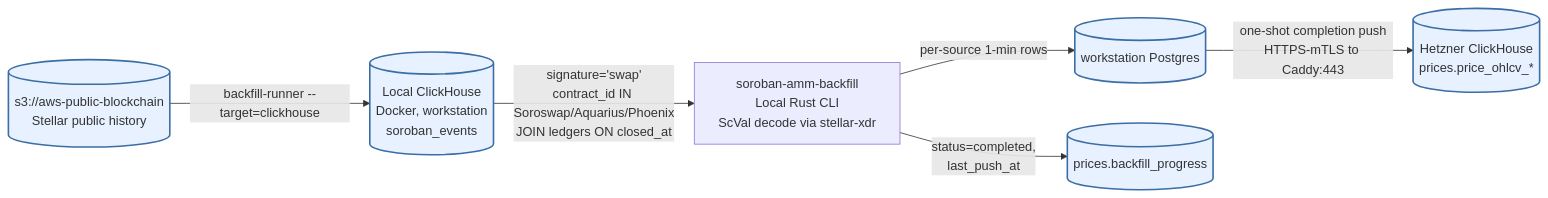
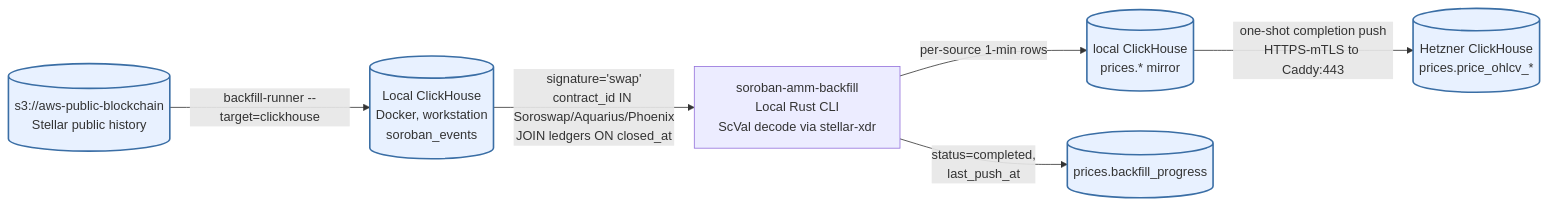
The eighth of 13 diagrams in docs/database-schema/database-schema-overview.md (rumblefishdev/stellar-prices-api), drawn with Mermaid before and after one commit. The commit also changed other lines of this file and 1 other file, not shown here.

First line of the commit message:
docs: align overview docs to CH-mirror backfill and single-bundle mTLS

````diff
--- a/docs/database-schema/database-schema-overview.md
+++ b/docs/database-schema/database-schema-overview.md
@@ -1154,11 +1155,11 @@
 ```mermaid
 flowchart LR
     S3archive[(s3://aws-public-blockchain<br/>Stellar public history)] -->|backfill-runner --target=clickhouse| LocalCH[(Local ClickHouse<br/>Docker, workstation<br/>soroban_events)]
     LocalCH -->|signature='swap'<br/>contract_id IN Soroswap/Aquarius/Phoenix<br/>JOIN ledgers ON closed_at| CLI[soroban-amm-backfill<br/>Local Rust CLI<br/>ScVal decode via stellar-xdr]
-    CLI -->|per-source 1-min rows| LocalPG[(workstation Postgres)]
-    LocalPG -->|one-shot completion push<br/>HTTPS-mTLS to Caddy:443| CH[(Hetzner ClickHouse<br/>prices.price_ohlcv_*)]
+    CLI -->|per-source 1-min rows| LocalMirror[(local ClickHouse<br/>prices.* mirror)]
+    LocalMirror -->|one-shot completion push<br/>HTTPS-mTLS to Caddy:443| CH[(Hetzner ClickHouse<br/>prices.price_ohlcv_*)]
     CLI -->|status=completed,<br/>last_push_at| BP[(prices.backfill_progress)]
 
     classDef store fill:#e8f1ff,stroke:#3a6ea5,stroke-width:2px;
-    class S3archive,LocalCH,LocalPG,CH,BP store;
+    class S3archive,LocalCH,LocalMirror,CH,BP store;
 ```
````
